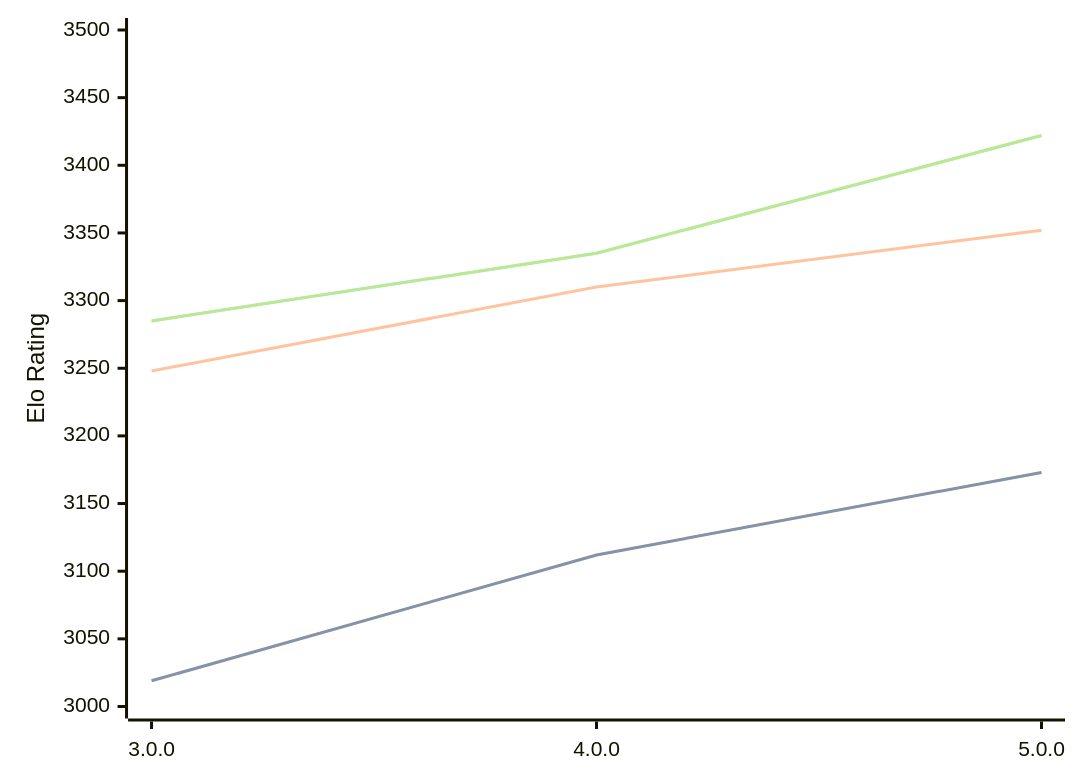
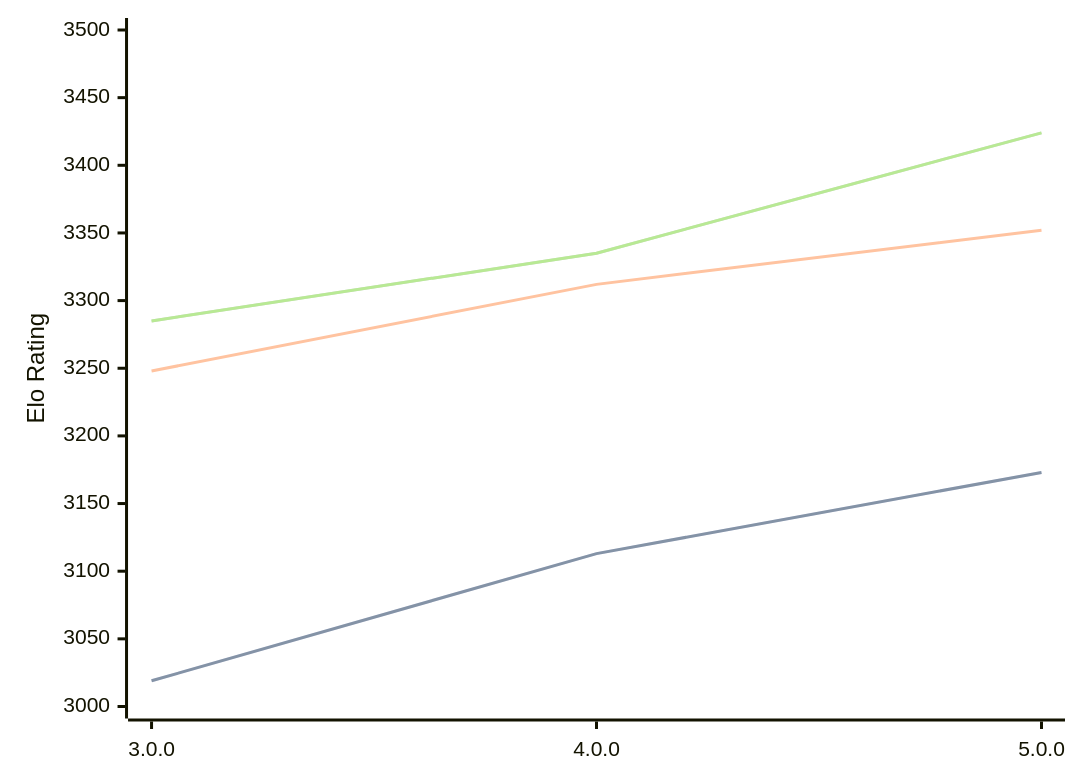
The diagram in engines/Minke.md (computer-chess-index/cci), drawn with Mermaid before and after one commit. The commit also changed other lines of this file, not shown here.

Commit message:
Update CCI Ratings (ELO VLTC) - 2026-04-19

````diff
--- a/engines/Minke.md
+++ b/engines/Minke.md
@@ -35,11 +35,11 @@
 ```mermaid
 %%{init: {"theme":"base","themeVariables":{"seriesColors:['#a3a3a3','#222221','#faa371']}}}%%
 xychart-beta
   x-axis ["3.0.0", "4.0.0", "5.0.0"]
   y-axis "Elo Rating" 3000 --> 3500
-  line "STC (8.0+0.08s)" [3019, 3112, 3173]
-  line "STC (8.0+0.08s)" [3019, 3112, 3173]
-  line "LTC (60.0+0.60s)" [3248, 3310, 3352]
-  line "VLTC (2m24s+1.12s)" [3285, 3335, 3422]
-  line "VLTC (2m24s+1.12s)" [3285, 3335, 3422]
+  line "STC (8.0+0.08s)" [3019, 3113, 3173]
+  line "STC (8.0+0.08s)" [3019, 3113, 3173]
+  line "LTC (60.0+0.60s)" [3248, 3312, 3352]
+  line "VLTC (2m24s+1.12s)" [3285, 3335, 3424]
+  line "VLTC (2m24s+1.12s)" [3285, 3335, 3424]
 ```
````
